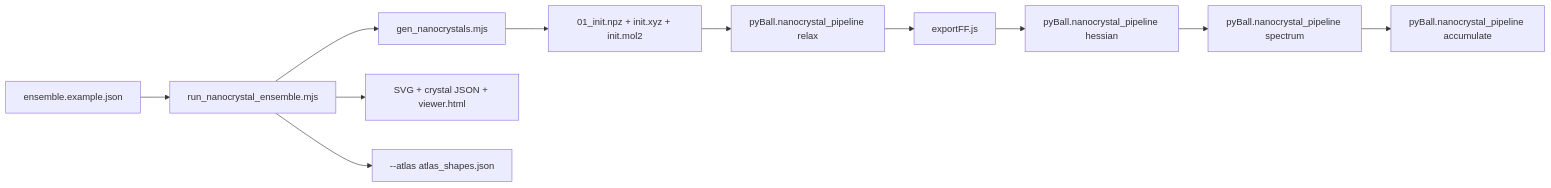
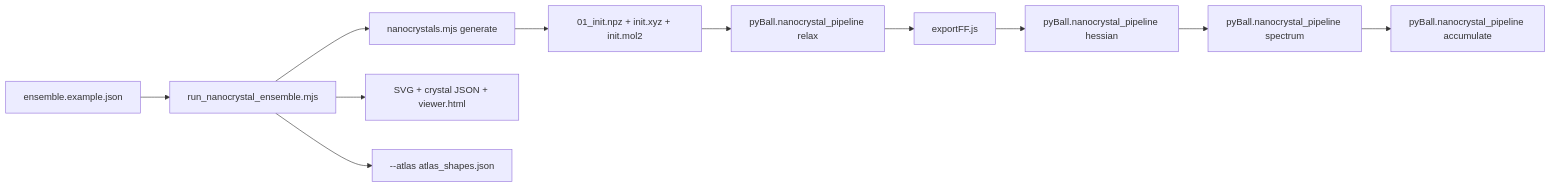
One commit to ProkopHapala/FireCore changed the third of 3 diagrams in doc/Topics/FTIR_Nanocrystals/Nanocrystal_pipeline.progress.md. Above: the diagram before and after it, drawn with Mermaid. The commit also changed other lines of this file and 20 other files, not shown here.

Commit message:
added functionality to search ring to nanocrystals.js and Graph.js, consolidated nanocrystal.mjs many older scrips now deprecated

````diff
--- a/doc/Topics/FTIR_Nanocrystals/Nanocrystal_pipeline.progress.md
+++ b/doc/Topics/FTIR_Nanocrystals/Nanocrystal_pipeline.progress.md
@@ -1297,13 +1311,13 @@
 ```mermaid
 flowchart LR
   CFG[ensemble.example.json] --> ORCH[run_nanocrystal_ensemble.mjs]
-  ORCH --> GEN[gen_nanocrystals.mjs]
+  ORCH --> GEN[nanocrystals.mjs generate]
   GEN --> INIT[01_init.npz + init.xyz + init.mol2]
   INIT --> RELAX[pyBall.nanocrystal_pipeline relax]
   RELAX --> TOPO[exportFF.js]
   TOPO --> HESS[pyBall.nanocrystal_pipeline hessian]
   HESS --> SPEC[pyBall.nanocrystal_pipeline spectrum]
   SPEC --> ACC[pyBall.nanocrystal_pipeline accumulate]
   ORCH --> DBG[SVG + crystal JSON + viewer.html]
   ORCH --> ATLAS[--atlas atlas_shapes.json]
 ```
````
